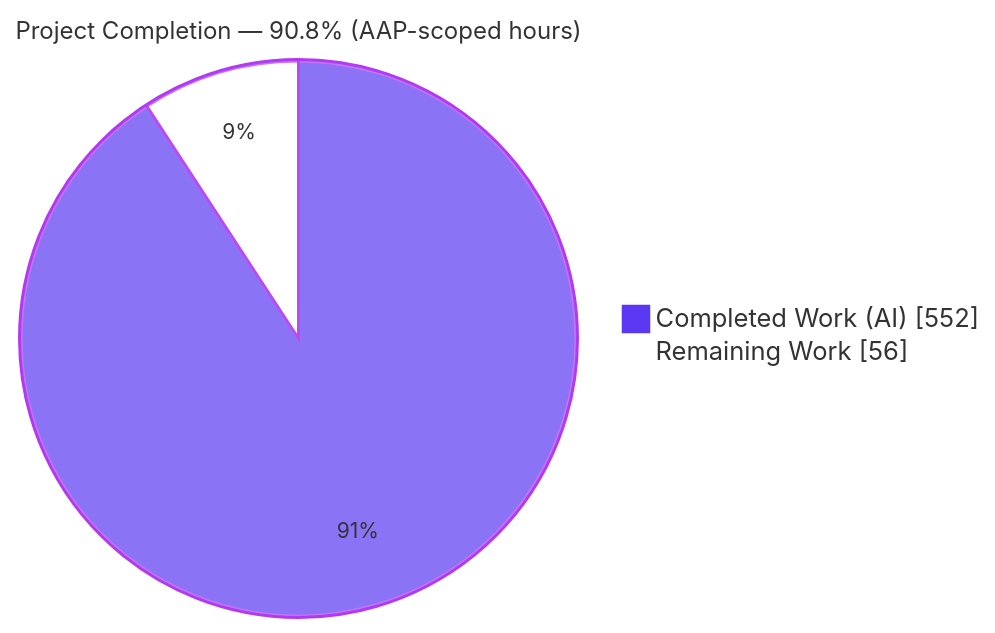
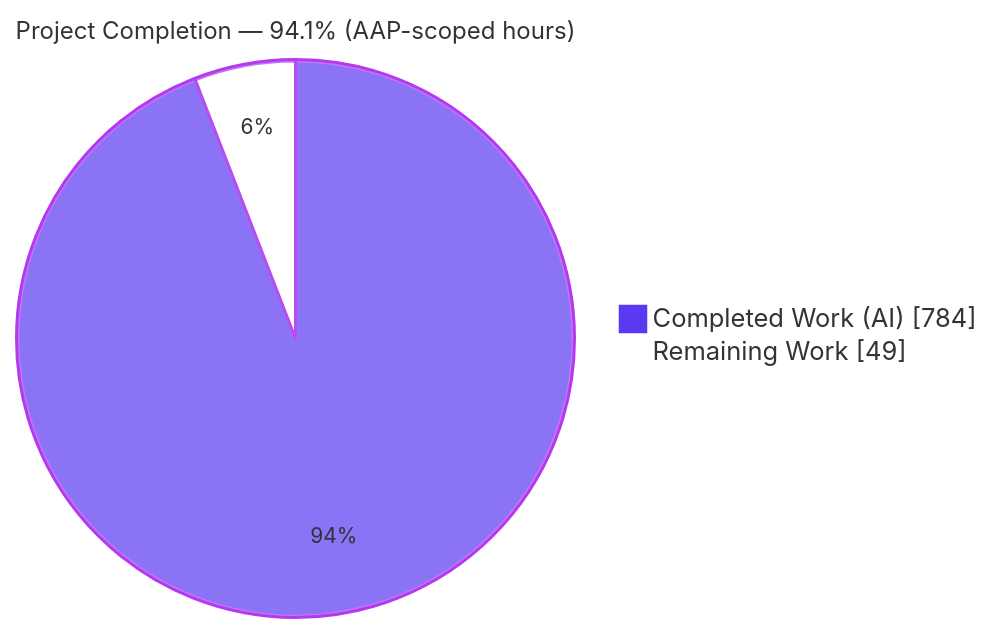
One commit to Blitzy-Sandbox/blitzy-ArkCase changed the first of 3 diagrams in blitzy/documentation/Project Guide.md. Above: the diagram before and after it, drawn with Mermaid. The commit also changed other lines of this file, not shown here.

Commit message:
Adding Blitzy Project Guide: Project Status and Human Tasks Remaining

````diff
--- a/blitzy/documentation/Project Guide.md
+++ b/blitzy/documentation/Project Guide.md
@@ -13,7 +13,7 @@
 ```mermaid
 %%{init: {'theme':'base', 'themeVariables': {'pie1':'#5B39F3','pie2':'#FFFFFF','pieStrokeColor':'#B23AF2','pieStrokeWidth':'2px','pieOuterStrokeColor':'#B23AF2','pieTitleTextSize':'16px','pieSectionTextSize':'14px'}}}%%
 pie showData
-    title Project Completion — 90.8% (AAP-scoped hours)
-    "Completed Work (AI)" : 552
-    "Remaining Work" : 56
+    title Project Completion — 94.1% (AAP-scoped hours)
+    "Completed Work (AI)" : 784
+    "Remaining Work" : 49
 ```
````
